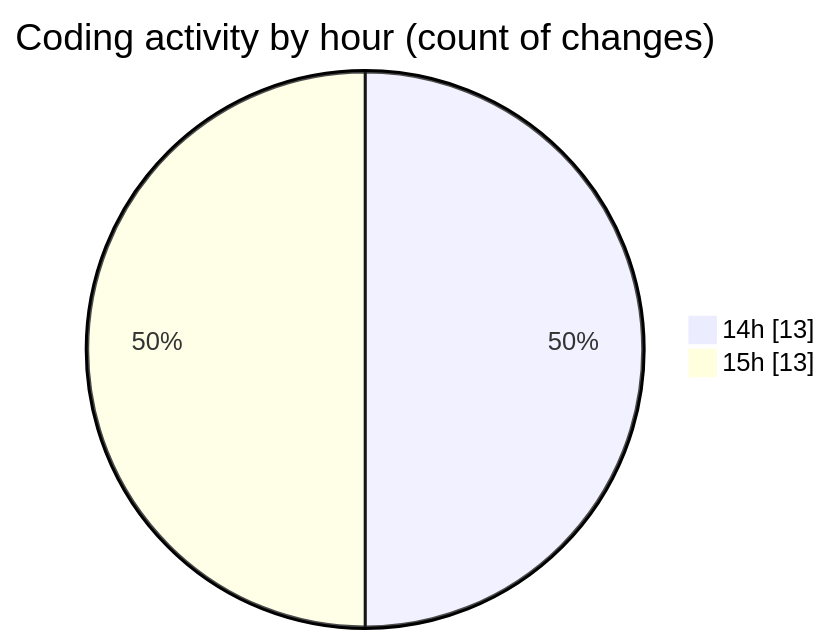
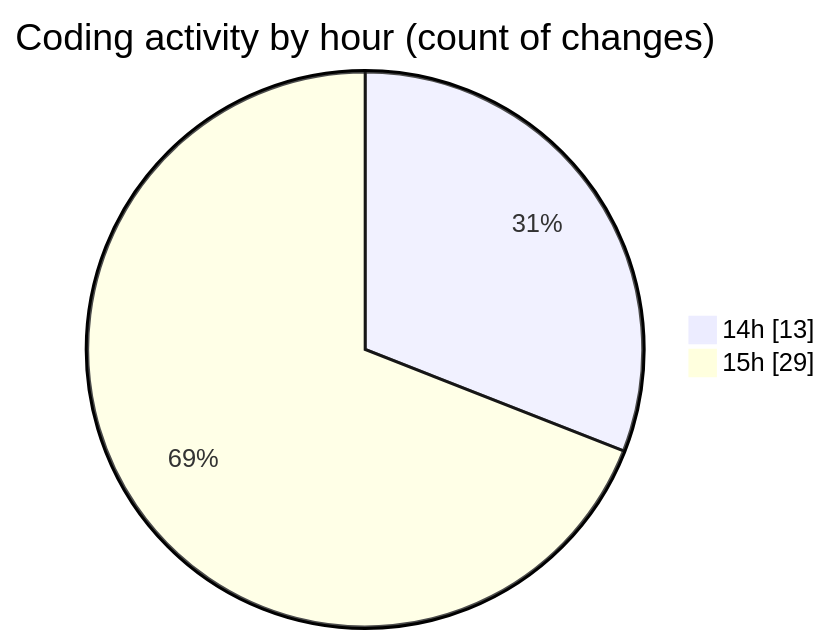
Before and after one commit to Ritupan-Deka/code-tracking: the second of 2 diagrams in 2025-06-23/scopecraft/README.md, drawn with Mermaid. The commit also changed other lines of this file and 1 other file, not shown here.

````diff
--- a/2025-06-23/scopecraft/README.md
+++ b/2025-06-23/scopecraft/README.md
@@ -42,6 +43,6 @@
 ```mermaid
 pie showData
 title Coding activity by hour (count of changes)
 "14h" : 13
-"15h" : 13
+"15h" : 29
 ```
````
